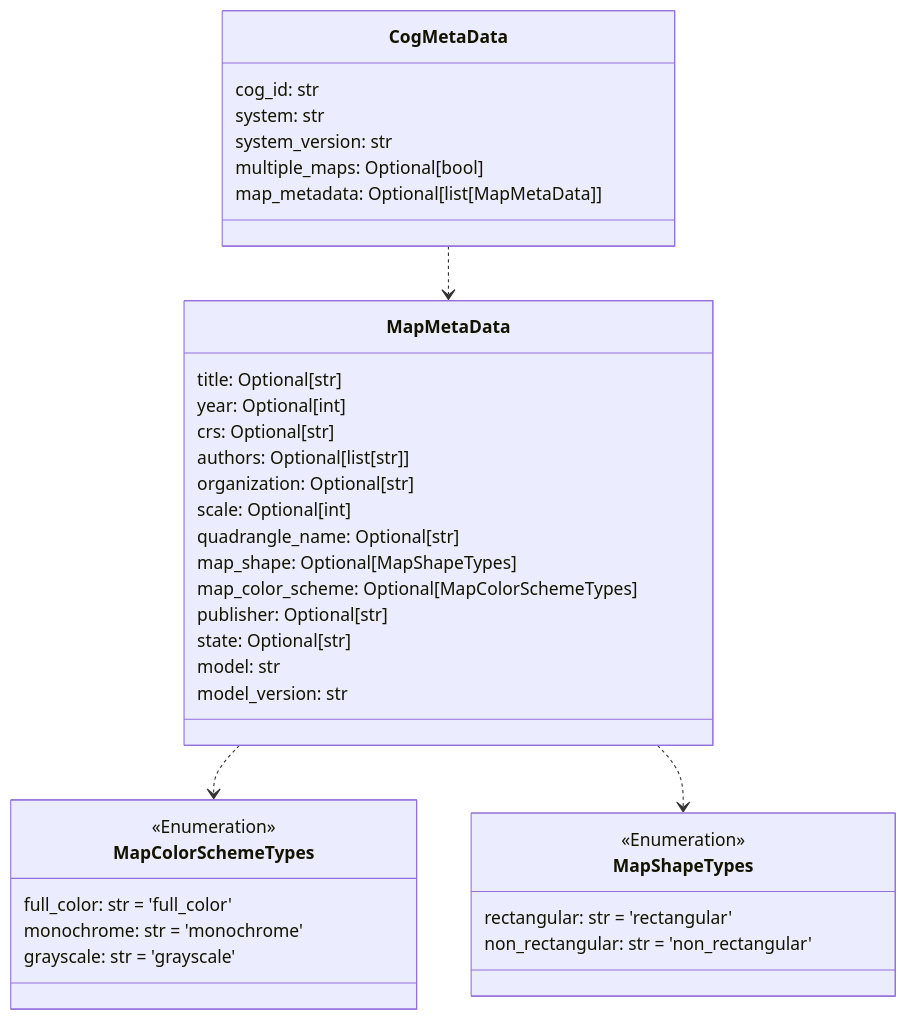
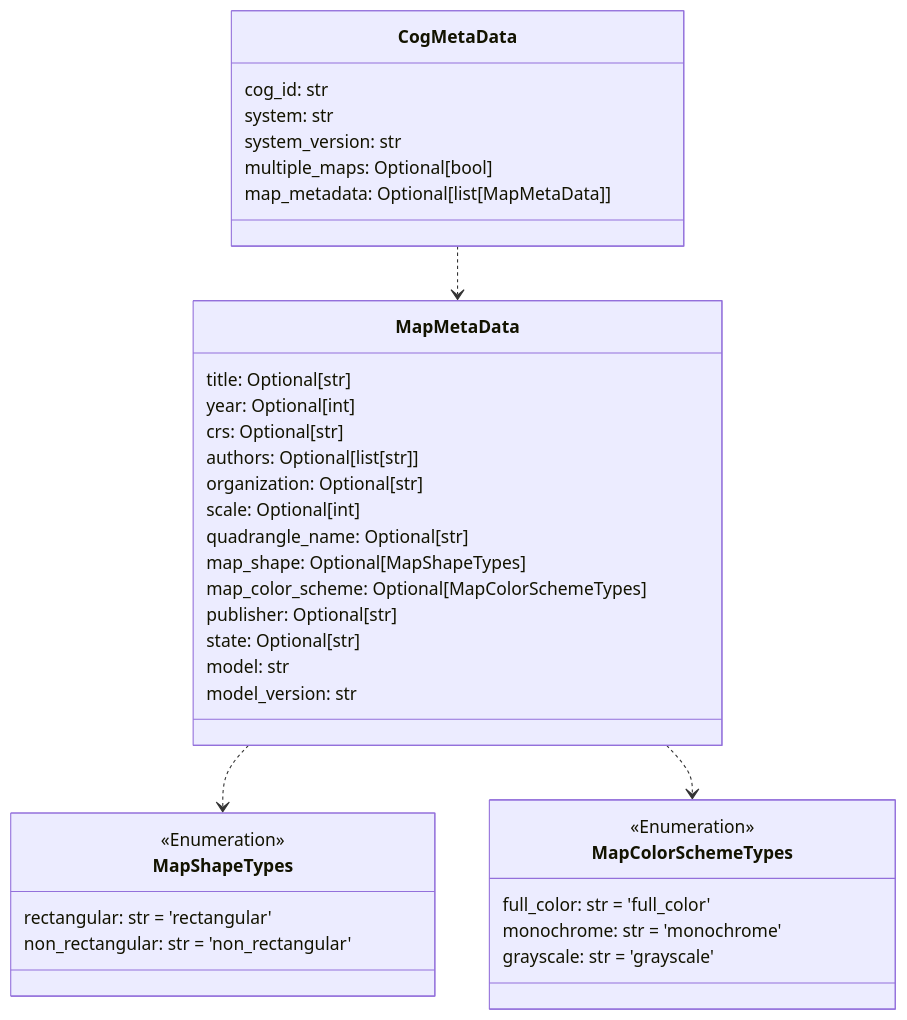
Before and after one commit to DARPA-CRITICALMAAS/cdr_schemas: the second of 11 diagrams in README.md, drawn with Mermaid. The commit also changed other lines of this file and 3 other files, not shown here.

````diff
--- a/README.md
+++ b/README.md
@@ -134,46 +134,46 @@
 ```mermaid
 classDiagram
-
-    class CogMetaData {
-        cog_id: str
-        system: str
-        system_version: str
-        multiple_maps: Optional[bool]
-        map_metadata: Optional[list[MapMetaData]]
-    }
-
-    class MapColorSchemeTypes {
-        <<Enumeration>>
-        full_color: str = 'full_color'
-        monochrome: str = 'monochrome'
-        grayscale: str = 'grayscale'
-    }
 
     class MapMetaData {
         title: Optional[str]
         year: Optional[int]
         crs: Optional[str]
         authors: Optional[list[str]]
         organization: Optional[str]
         scale: Optional[int]
         quadrangle_name: Optional[str]
         map_shape: Optional[MapShapeTypes]
         map_color_scheme: Optional[MapColorSchemeTypes]
         publisher: Optional[str]
         state: Optional[str]
         model: str
         model_version: str
     }
 
+    class CogMetaData {
+        cog_id: str
+        system: str
+        system_version: str
+        multiple_maps: Optional[bool]
+        map_metadata: Optional[list[MapMetaData]]
+    }
+
     class MapShapeTypes {
         <<Enumeration>>
         rectangular: str = 'rectangular'
         non_rectangular: str = 'non_rectangular'
     }
 
+    class MapColorSchemeTypes {
+        <<Enumeration>>
+        full_color: str = 'full_color'
+        monochrome: str = 'monochrome'
+        grayscale: str = 'grayscale'
+    }
+
+    MapMetaData ..> MapShapeTypes
     MapMetaData ..> MapColorSchemeTypes
-    MapMetaData ..> MapShapeTypes
     CogMetaData ..> MapMetaData
 
 
 ```
````
